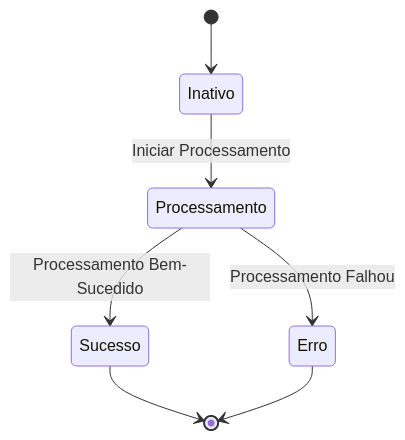
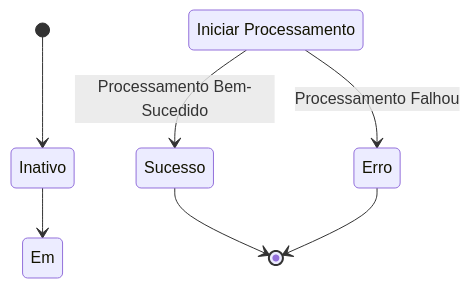
Before and after one commit to zccz14/CZON: the fifth of 7 diagrams in .czon/src/pt-PT/8938d6aac9c056c06137a041b8e82379bfb619bb6d435b9ecec515337dd0cd69.md, drawn with Mermaid. The commit also changed other lines of this file and 148 other files, not shown here.

````diff
--- a/.czon/src/pt-PT/8938d6aac9c056c06137a041b8e82379bfb619bb6d435b9ecec515337dd0cd69.md
+++ b/.czon/src/pt-PT/8938d6aac9c056c06137a041b8e82379bfb619bb6d435b9ecec515337dd0cd69.md
@@ -91,9 +90,9 @@
 ```mermaid
 stateDiagram-v2
     [*] --> Inativo
-    Inativo --> Processamento : Iniciar Processamento
-    Processamento --> Sucesso : Processamento Bem-Sucedido
-    Processamento --> Erro : Processamento Falhou
+    Inativo --> Em Processamento : Iniciar Processamento
+    Em Processamento --> Sucesso : Processamento Bem-Sucedido
+    Em Processamento --> Erro : Processamento Falhou
     Sucesso --> [*]
     Erro --> [*]
 ```
````
